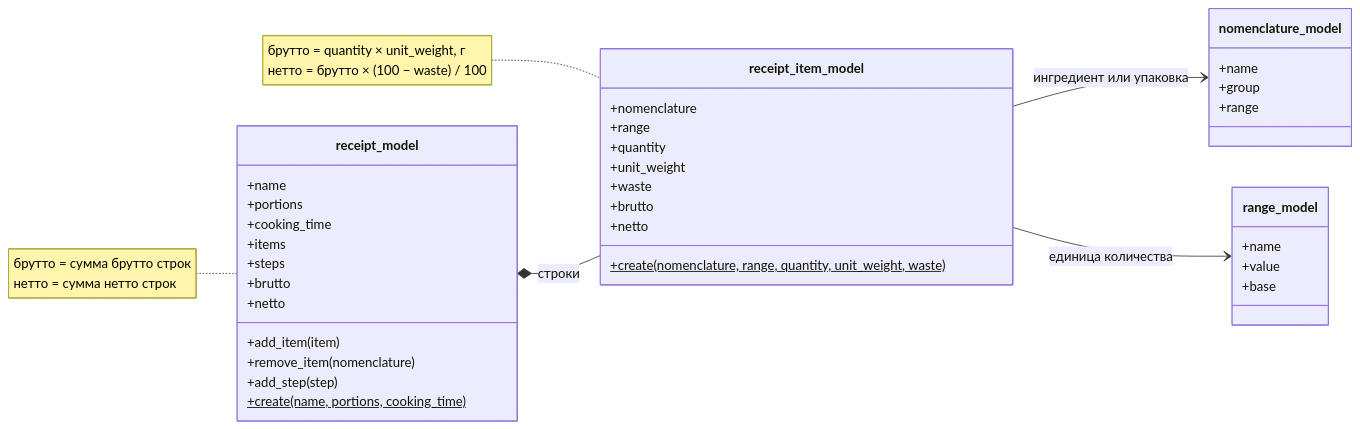
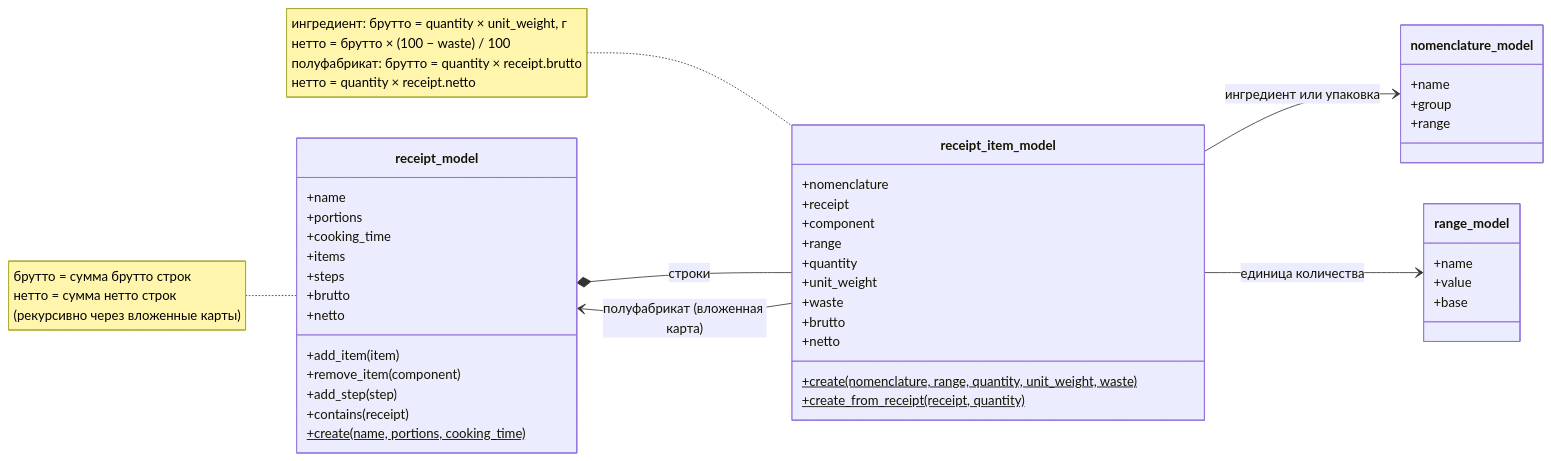
Before and after one commit to zenderio-dev/patterns_HW: the third of 3 diagrams in Docs/Uml.md, drawn with Mermaid. The commit also changed other lines of this file and 7 other files, not shown here.

Commit message:
add nested receipts with recursive brutto and netto

````diff
--- a/Docs/Uml.md
+++ b/Docs/Uml.md
@@ -125,48 +125,53 @@
 ```mermaid
 classDiagram
     direction LR
 
     class receipt_model {
         +name
         +portions
         +cooking_time
         +items
         +steps
         +brutto
         +netto
         +add_item(item)
-        +remove_item(nomenclature)
+        +remove_item(component)
         +add_step(step)
+        +contains(receipt)
         +create(name, portions, cooking_time)$
     }
 
     class receipt_item_model {
         +nomenclature
+        +receipt
+        +component
         +range
         +quantity
         +unit_weight
         +waste
         +brutto
         +netto
         +create(nomenclature, range, quantity, unit_weight, waste)$
+        +create_from_receipt(receipt, quantity)$
     }
 
     class nomenclature_model {
         +name
         +group
         +range
     }
 
     class range_model {
         +name
         +value
         +base
     }
 
     receipt_model *-- receipt_item_model : строки
     receipt_item_model --> nomenclature_model : ингредиент или упаковка
+    receipt_item_model --> receipt_model : полуфабрикат (вложенная карта)
     receipt_item_model --> range_model : единица количества
 
-    note for receipt_model "брутто = сумма брутто строк<br>нетто = сумма нетто строк"
-    note for receipt_item_model "брутто = quantity × unit_weight, г<br>нетто = брутто × (100 − waste) / 100"
+    note for receipt_model "брутто = сумма брутто строк<br>нетто = сумма нетто строк<br>(рекурсивно через вложенные карты)"
+    note for receipt_item_model "ингредиент: брутто = quantity × unit_weight, г<br>нетто = брутто × (100 − waste) / 100<br>полуфабрикат: брутто = quantity × receipt.brutto<br>нетто = quantity × receipt.netto"
 ```
````
